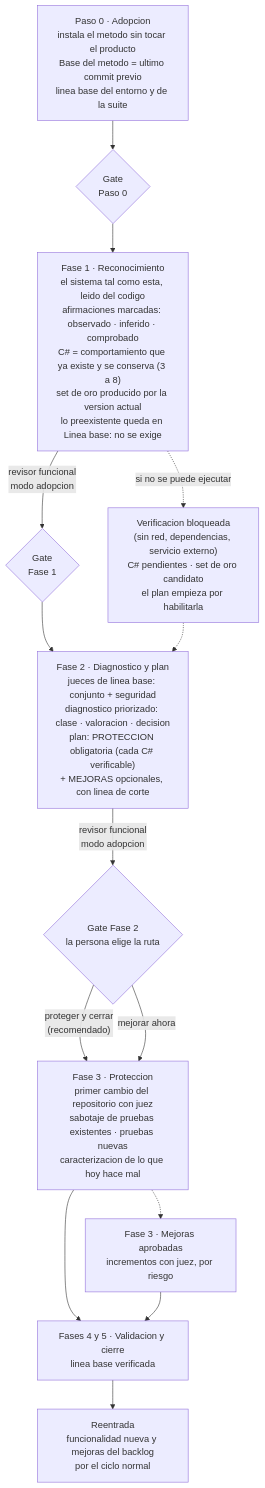
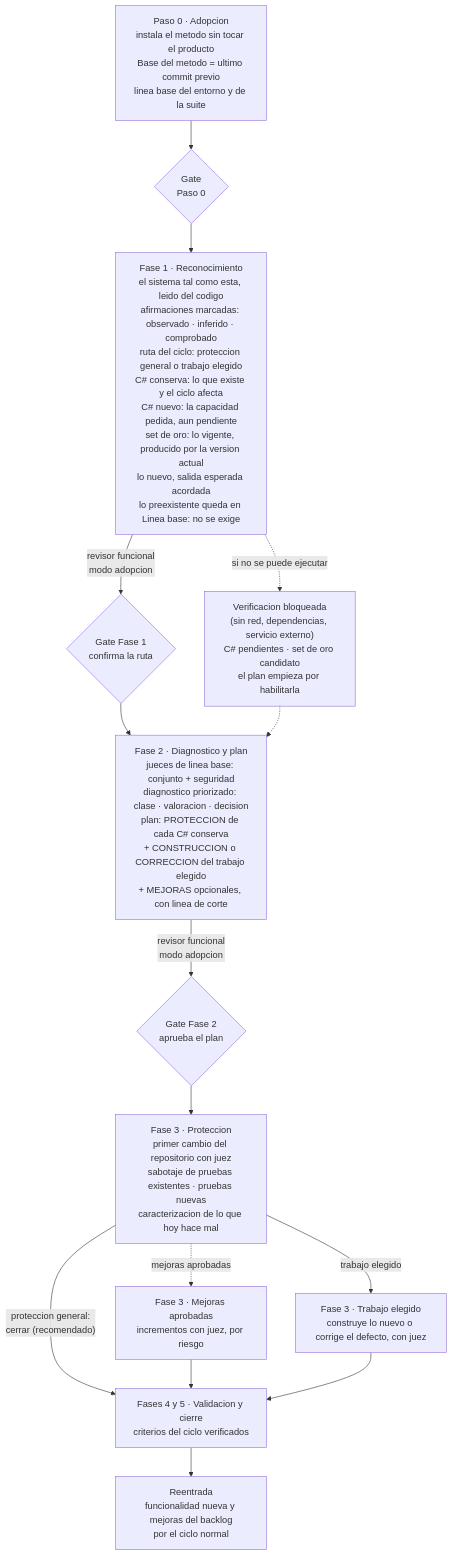
Before and after one commit to jdavidortega/agentes-software: the third of 3 diagrams in README.md, drawn with Mermaid. The commit also changed other lines of this file and 6 other files, not shown here.

````diff
--- a/README.md
+++ b/README.md
@@ -204,21 +206,23 @@
 ```mermaid
 flowchart TD
     P0["Paso 0 · Adopcion<br/>instala el metodo sin tocar el producto<br/>Base del metodo = ultimo commit previo<br/>linea base del entorno y de la suite"]
     G0{"Gate<br/>Paso 0"}
-    F1["Fase 1 · Reconocimiento<br/>el sistema tal como esta, leido del codigo<br/>afirmaciones marcadas: observado · inferido · comprobado<br/>C# = comportamiento que ya existe y se conserva (3 a 8)<br/>set de oro producido por la version actual<br/>lo preexistente queda en Linea base: no se exige"]
-    G1{"Gate<br/>Fase 1"}
-    F2["Fase 2 · Diagnostico y plan<br/>jueces de linea base: conjunto + seguridad<br/>diagnostico priorizado: clase · valoracion · decision<br/>plan: PROTECCION obligatoria (cada C# verificable)<br/>+ MEJORAS opcionales, con linea de corte"]
-    G2{"Gate Fase 2<br/>la persona elige la ruta"}
+    F1["Fase 1 · Reconocimiento<br/>el sistema tal como esta, leido del codigo<br/>afirmaciones marcadas: observado · inferido · comprobado<br/>ruta del ciclo: proteccion general o trabajo elegido<br/>C# conserva: lo que existe y el ciclo afecta<br/>C# nuevo: la capacidad pedida, aun pendiente<br/>set de oro: lo vigente, producido por la version actual<br/>lo nuevo, salida esperada acordada<br/>lo preexistente queda en Linea base: no se exige"]
+    G1{"Gate Fase 1<br/>confirma la ruta"}
+    F2["Fase 2 · Diagnostico y plan<br/>jueces de linea base: conjunto + seguridad<br/>diagnostico priorizado: clase · valoracion · decision<br/>plan: PROTECCION de cada C# conserva<br/>+ CONSTRUCCION o CORRECCION del trabajo elegido<br/>+ MEJORAS opcionales, con linea de corte"]
+    G2{"Gate Fase 2<br/>aprueba el plan"}
     PR["Fase 3 · Proteccion<br/>primer cambio del repositorio con juez<br/>sabotaje de pruebas existentes · pruebas nuevas<br/>caracterizacion de lo que hoy hace mal"]
+    CO["Fase 3 · Trabajo elegido<br/>construye lo nuevo o corrige el defecto, con juez"]
     ME["Fase 3 · Mejoras aprobadas<br/>incrementos con juez, por riesgo"]
-    F45["Fases 4 y 5 · Validacion y cierre<br/>linea base verificada"]
+    F45["Fases 4 y 5 · Validacion y cierre<br/>criterios del ciclo verificados"]
     R["Reentrada<br/>funcionalidad nueva y mejoras del backlog<br/>por el ciclo normal"]
     B["Verificacion bloqueada<br/>(sin red, dependencias, servicio externo)<br/>C# pendientes · set de oro candidato<br/>el plan empieza por habilitarla"]
 
     P0 --> G0 --> F1 -->|"revisor funcional<br/>modo adopcion"| G1 --> F2 -->|"revisor funcional<br/>modo adopcion"| G2
     F1 -.->|"si no se puede ejecutar"| B -.-> F2
-    G2 -->|"proteger y cerrar<br/>(recomendado)"| PR --> F45
-    G2 -->|"mejorar ahora"| PR
-    PR -.-> ME --> F45
+    G2 --> PR
+    PR -->|"proteccion general:<br/>cerrar (recomendado)"| F45
+    PR -.->|"mejoras aprobadas"| ME --> F45
+    PR -->|"trabajo elegido"| CO --> F45
     F45 --> R
 ```
````
